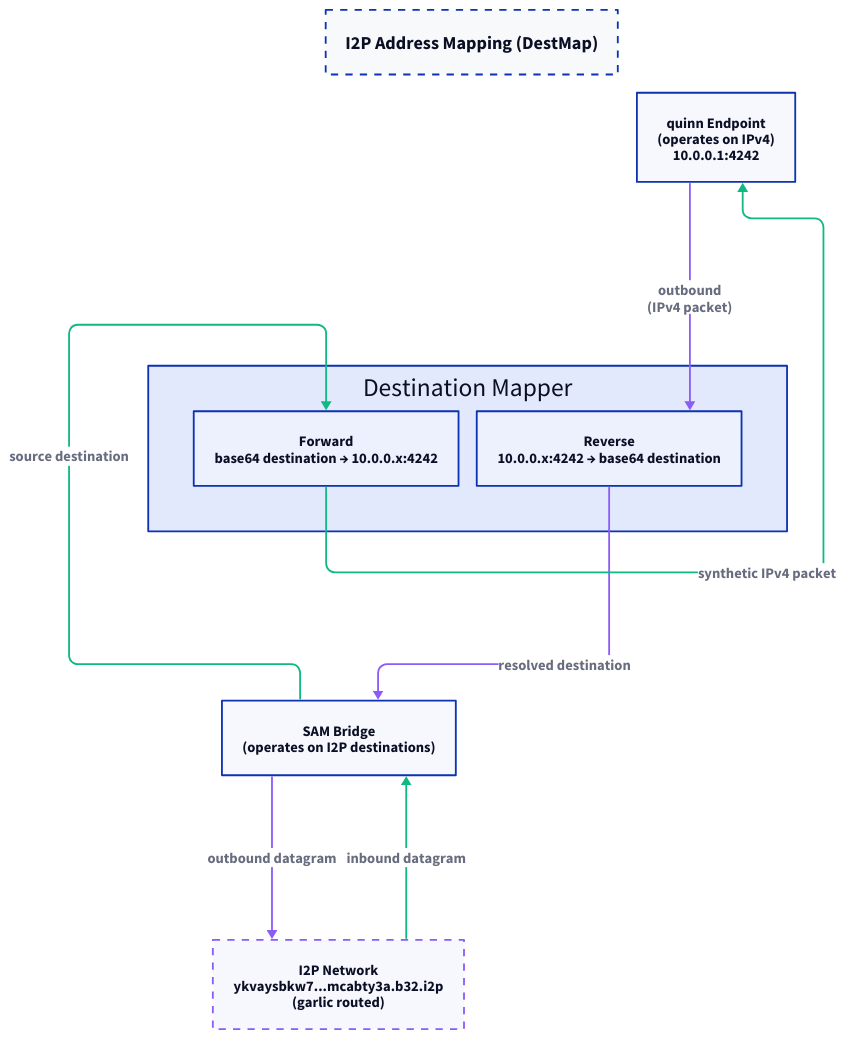
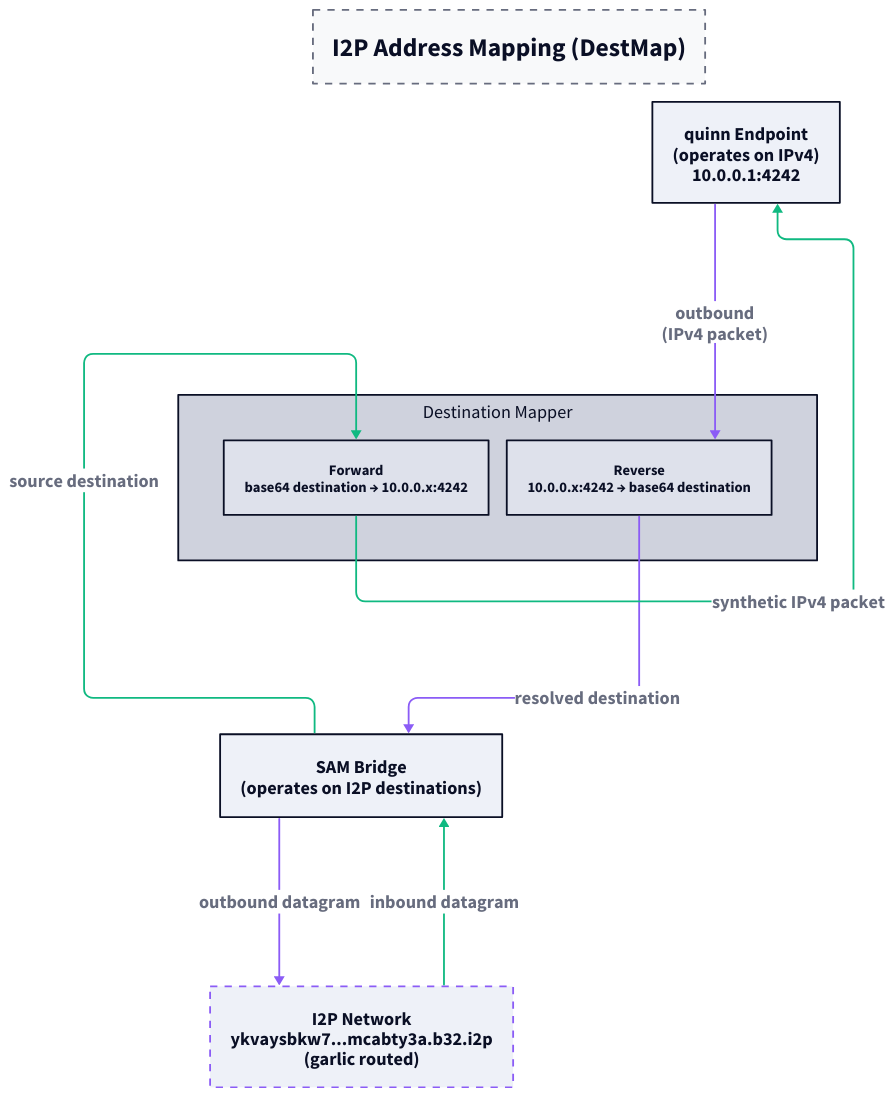
The diagram in Org/diagrams/066/dest_map.d2 (OnlyCavas/thesis), drawn with D2 before and after one commit. The commit also changed 18 other files, not shown here.

```diff
--- a/Org/diagrams/066/dest_map.d2
+++ b/Org/diagrams/066/dest_map.d2
@@ -1,57 +1,72 @@
 vars: {
   d2-config: {
     layout-engine: elk
+    theme-id: 1
   }
 }
 
 conn: I2P Address Mapping (DestMap) {
   style.fill: "#f8f9fa"
   style.stroke-dash: 4
-  style.font-size: 20
+  style.font-size: 28
   near: top-center
 }
 
 quinn: quinn Endpoint {
   label: "quinn Endpoint\n(operates on IPv4)\n10.0.0.1:4242"
+  style.font-size: 20
 }
 
 destmap: Destination Mapper {
   fwd: "Forward\nbase64 destination → 10.0.0.x:4242"
   rev: "Reverse\n10.0.0.x:4242 → base64 destination"
+  style.font-size: 20
 }
 
 sam: SAM Bridge {
   label: "SAM Bridge\n(operates on I2P destinations)"
+  style.font-size: 20
 }
 
 i2p: I2P Network {
   style.stroke-dash: 4
   style.stroke: "#8b5cf6"
   label: "I2P Network\nykvaysbkw7...mcabty3a.b32.i2p\n(garlic routed)"
+  style.font-size: 20
 }
 
 quinn -> destmap.rev: outbound\n(IPv4 packet) {
   style.stroke: "#8b5cf6"
   style.bold: true
+  style.font-size: 20
 }
+
 destmap.rev -> sam: resolved destination {
   style.stroke: "#8b5cf6"
   style.bold: true
+  style.font-size: 20
 }
+
 sam -> i2p: outbound datagram {
   style.stroke: "#8b5cf6"
   style.bold: true
+  style.font-size: 20
 }
 
 i2p -> sam: inbound datagram {
   style.stroke: "#10b981"
   style.bold: true
+  style.font-size: 20
 }
+
 sam -> destmap.fwd: source destination {
   style.stroke: "#10b981"
   style.bold: true
+  style.font-size: 20
 }
+
 destmap.fwd -> quinn: synthetic IPv4 packet {
   style.stroke: "#10b981"
   style.bold: true
+  style.font-size: 20
 }
```
